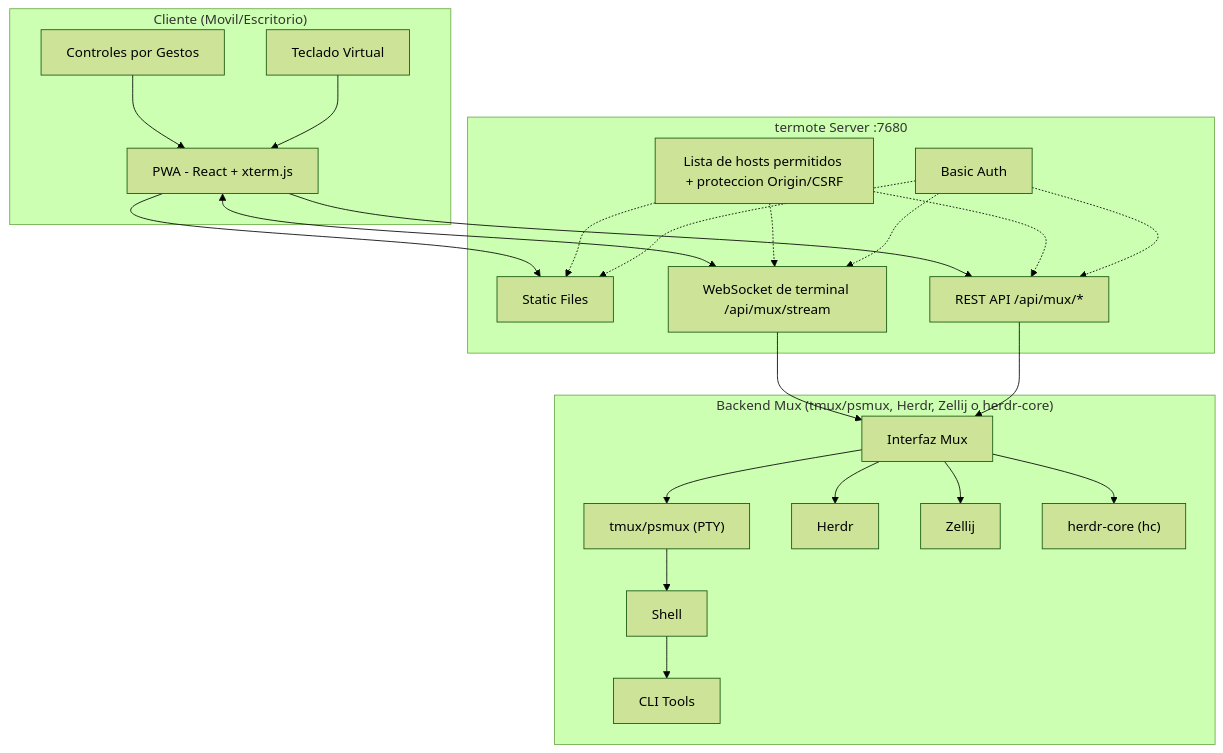
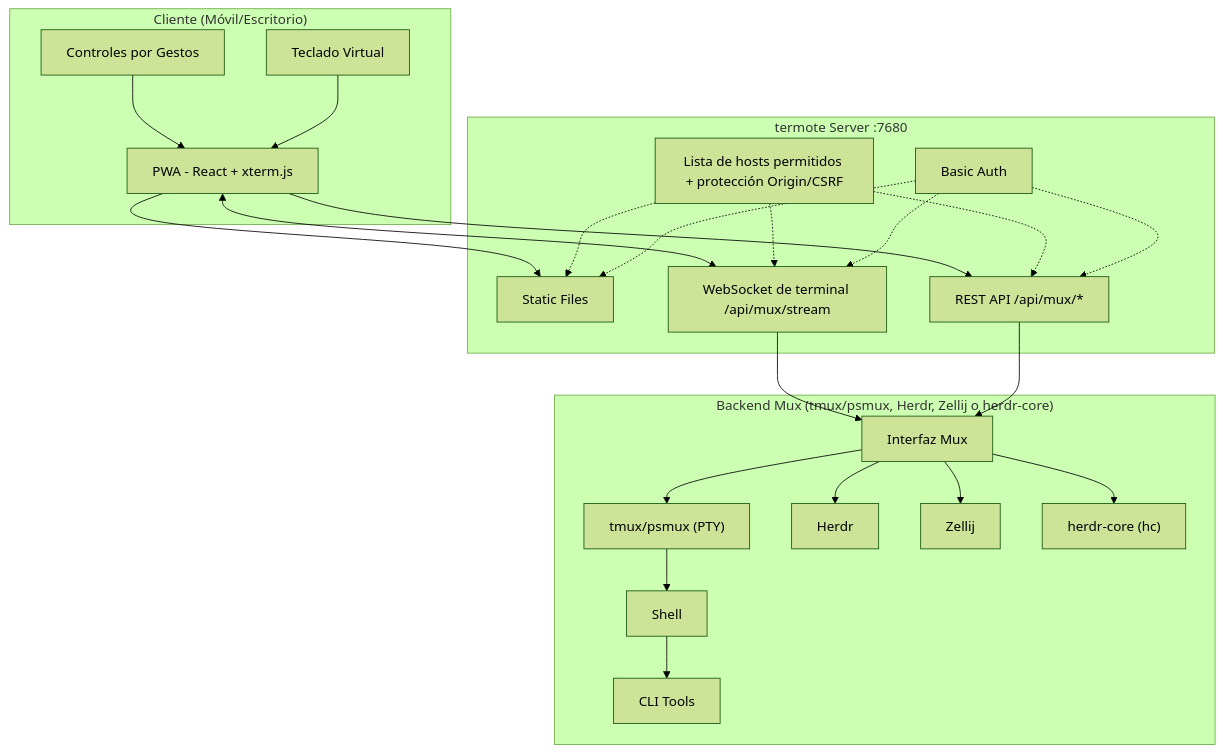
The first of 2 diagrams in README.es.md (lamngockhuong/termote), drawn with Mermaid (forest theme) before and after one commit. The commit also changed other lines of this file and 1 other file, not shown here.

````diff
--- a/README.es.md
+++ b/README.es.md
@@ -103,38 +103,38 @@
 ```mermaid
 flowchart TB
-    subgraph Client["Cliente (Movil/Escritorio)"]
+    subgraph Client["Cliente (Móvil/Escritorio)"]
         PWA["PWA - React + xterm.js"]
         Gestures["Controles por Gestos"]
         Keyboard["Teclado Virtual"]
     end
 
     subgraph Server["termote Server :7680"]
         Static["Static Files"]
         Stream["WebSocket de terminal /api/mux/stream"]
         API["REST API /api/mux/*"]
-        Guard["Lista de hosts permitidos + proteccion Origin/CSRF"]
+        Guard["Lista de hosts permitidos + protección Origin/CSRF"]
         Auth["Basic Auth"]
     end
 
     subgraph Backend["Backend Mux (tmux/psmux, Herdr, Zellij o herdr-core)"]
         Mux["Interfaz Mux"]
         tmux["tmux/psmux (PTY)"]
         herdr["Herdr"]
         zellij["Zellij"]
         hc["herdr-core (hc)"]
         Shell["Shell"]
         Tools["CLI Tools"]
     end
 
     Gestures --> PWA
     Keyboard --> PWA
     PWA --> Static
     PWA <--> Stream
     PWA --> API
     Guard -.-> Static & Stream & API
     Auth -.-> Static & Stream & API
     Stream --> Mux
     API --> Mux
     Mux --> tmux & herdr & zellij & hc
     tmux --> Shell --> Tools
 ```
````
